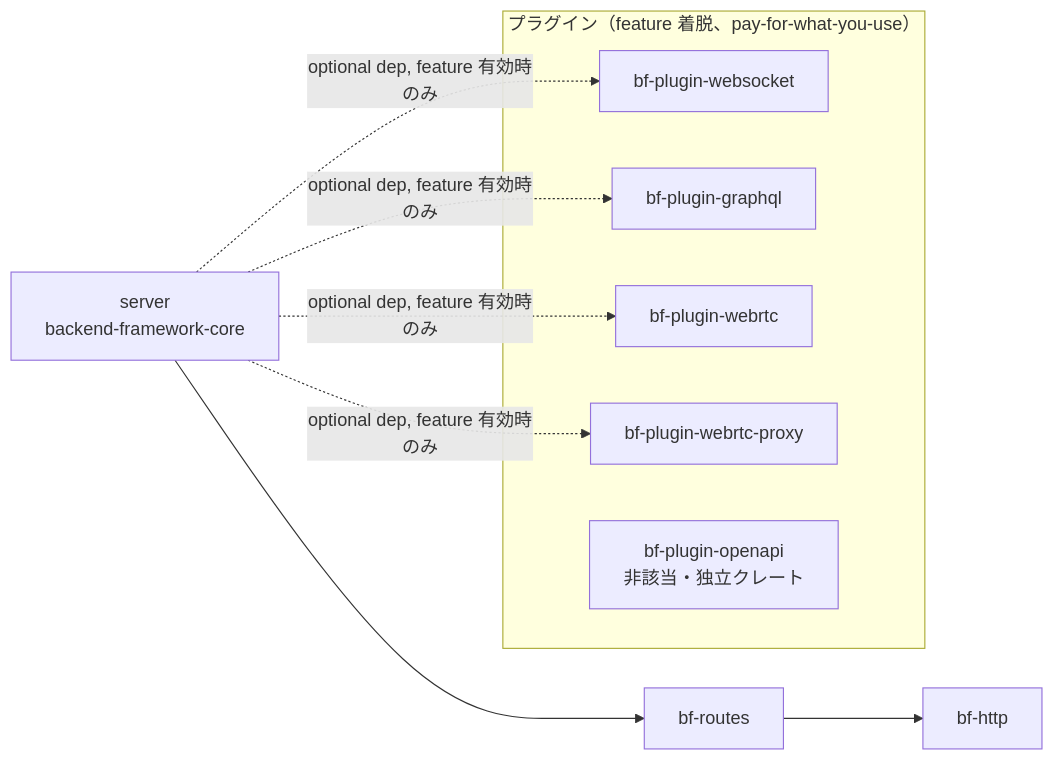
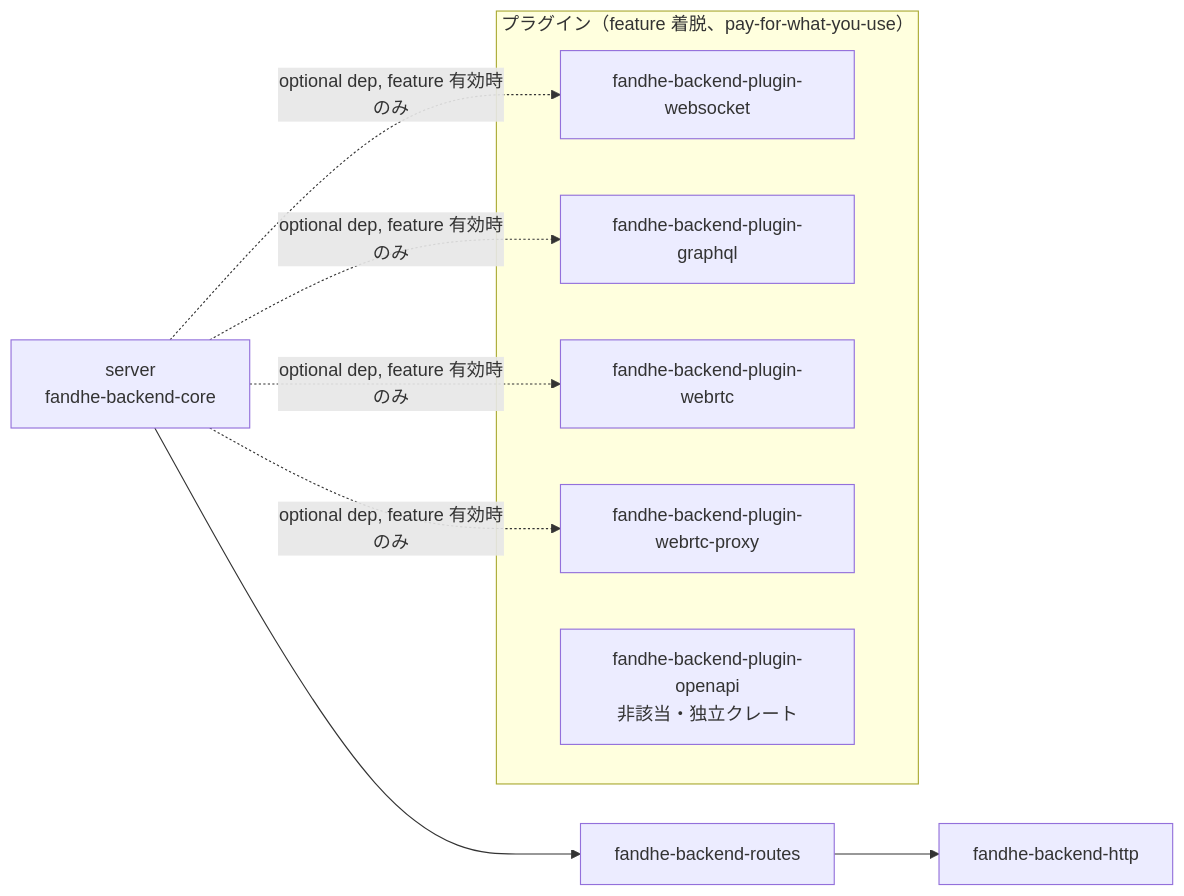
One commit to Fandhe-AI/fandhe-backend changed the diagram in docs/design/dependency-graph-contract.md. Above: the diagram before and after it, drawn with Mermaid. The commit also changed other lines of this file and 188 other files, not shown here.

First line of the commit message:
build(global): 全 crate の package 名・import 名を fandhe-backend 体系へ一括改名 (#209)

````diff
--- a/docs/design/dependency-graph-contract.md
+++ b/docs/design/dependency-graph-contract.md
@@ -29,18 +29,18 @@
 ```mermaid
 graph LR
-    server[server<br/>backend-framework-core] --> routes[bf-routes]
-    routes --> http[bf-http]
+    server[server<br/>fandhe-backend-core] --> routes[fandhe-backend-routes]
+    routes --> http[fandhe-backend-http]
 
-    server -.->|optional dep, feature 有効時のみ| ws[bf-plugin-websocket]
-    server -.->|optional dep, feature 有効時のみ| gql[bf-plugin-graphql]
-    server -.->|optional dep, feature 有効時のみ| rtc[bf-plugin-webrtc]
-    server -.->|optional dep, feature 有効時のみ| rtcproxy[bf-plugin-webrtc-proxy]
+    server -.->|optional dep, feature 有効時のみ| ws[fandhe-backend-plugin-websocket]
+    server -.->|optional dep, feature 有効時のみ| gql[fandhe-backend-plugin-graphql]
+    server -.->|optional dep, feature 有効時のみ| rtc[fandhe-backend-plugin-webrtc]
+    server -.->|optional dep, feature 有効時のみ| rtcproxy[fandhe-backend-plugin-webrtc-proxy]
 
     subgraph "プラグイン（feature 着脱、pay-for-what-you-use）"
         ws
         gql
         rtc
         rtcproxy
-        openapi[bf-plugin-openapi<br/>非該当・独立クレート]
+        openapi[fandhe-backend-plugin-openapi<br/>非該当・独立クレート]
     end
 ```
````
